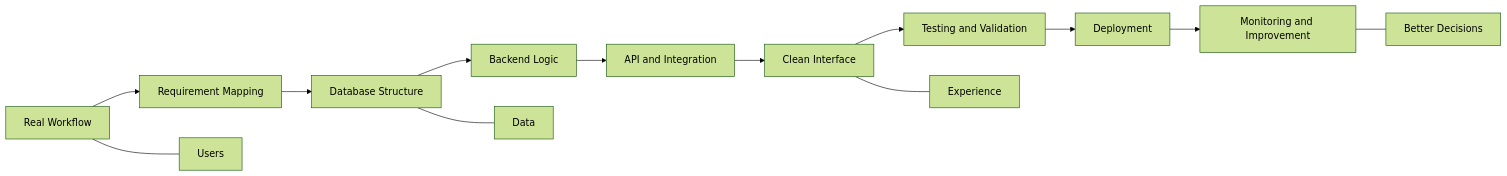
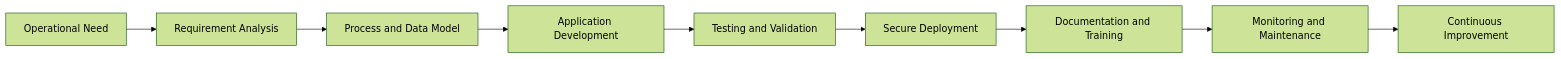
The diagram in README.md (smindoputra/smindoputra), drawn with Mermaid (forest theme) before and after one commit. The commit also changed other lines of this file and 2 other files, not shown here.

````diff
--- a/README.md
+++ b/README.md
@@ -157,16 +169,11 @@
 ```mermaid
 flowchart LR
-    A[Real Workflow] --> B[Requirement Mapping]
-    B --> C[Database Structure]
-    C --> D[Backend Logic]
-    D --> E[API and Integration]
-    E --> F[Clean Interface]
-    F --> G[Testing and Validation]
-    G --> H[Deployment]
-    H --> I[Monitoring and Improvement]
-
-    A --- J[Users]
-    C --- K[Data]
-    F --- L[Experience]
-    I --- M[Better Decisions]
+    A[Operational Need] --> B[Requirement Analysis]
+    B --> C[Process and Data Model]
+    C --> D[Application Development]
+    D --> E[Testing and Validation]
+    E --> F[Secure Deployment]
+    F --> G[Documentation and Training]
+    G --> H[Monitoring and Maintenance]
+    H --> I[Continuous Improvement]
 ```
````
